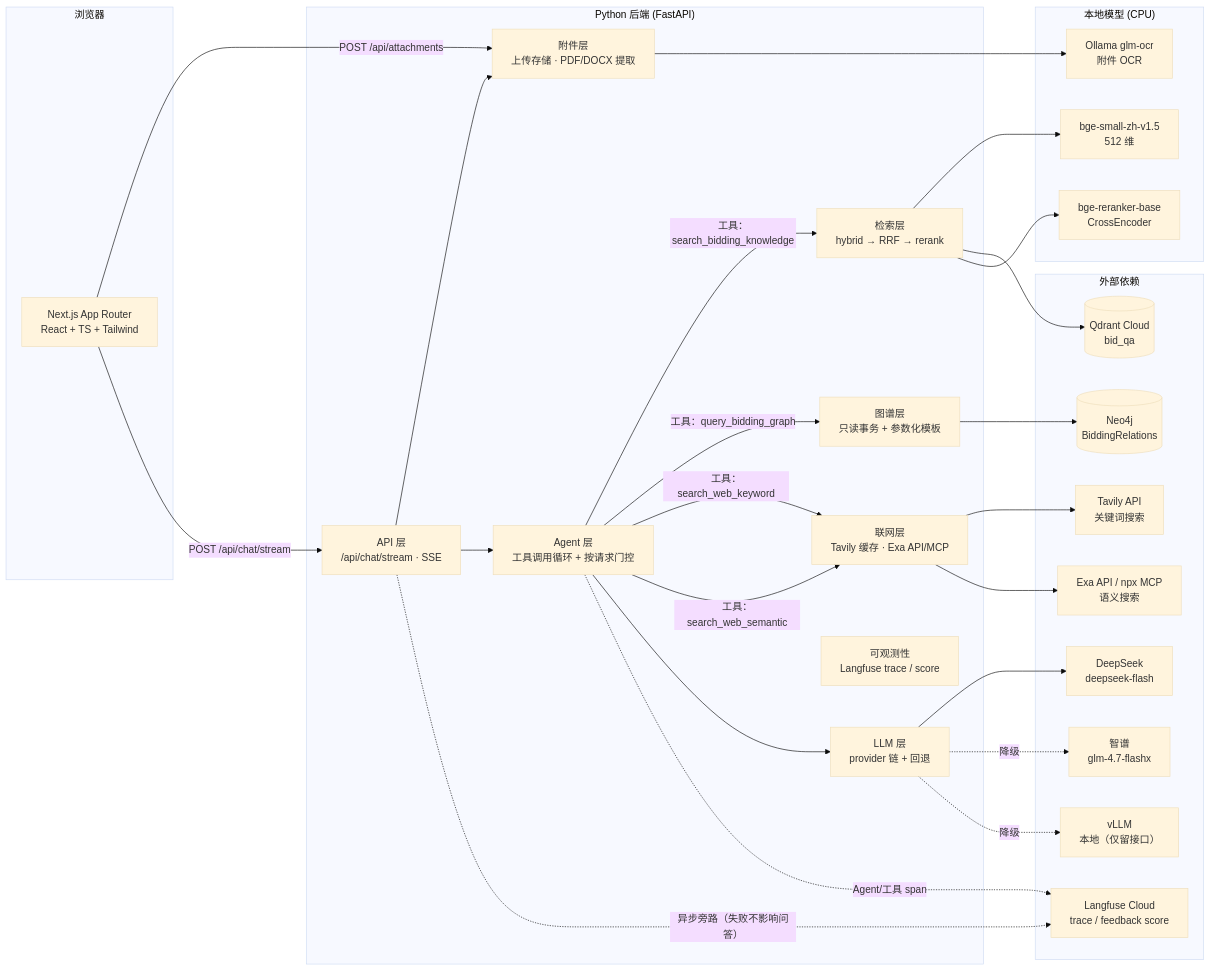
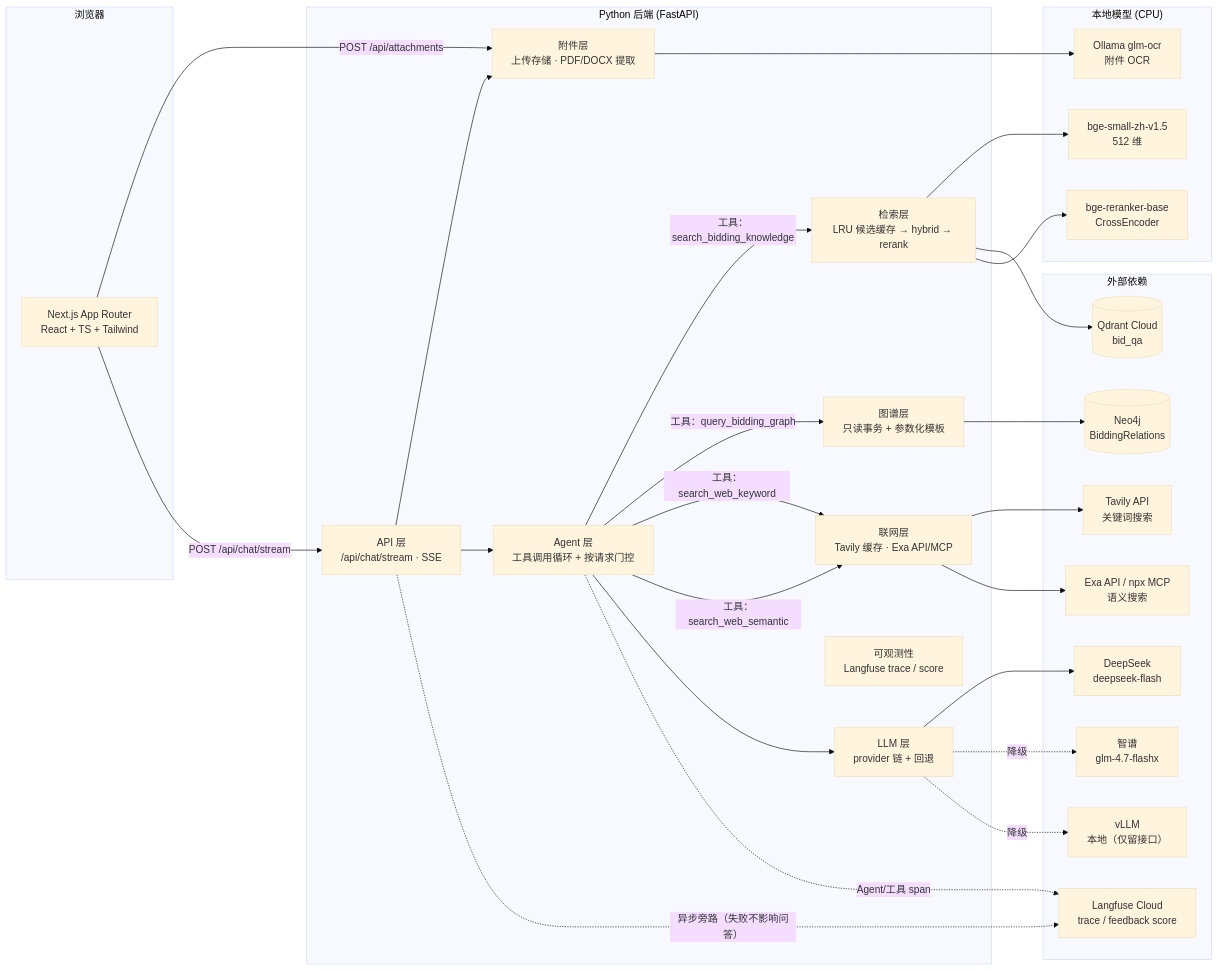
Before and after one commit to HoarHam/Bidding_QA_Chatbot: the first of 2 diagrams in docs/architecture.md, drawn with Mermaid (base theme). The commit also changed 13 other files, not shown here.

````diff
--- a/docs/architecture.md
+++ b/docs/architecture.md
@@ -10,56 +10,56 @@
 ```mermaid
 flowchart LR
     subgraph client["浏览器"]
         UI["Next.js App Router<br/>React + TS + Tailwind"]
     end
 
     subgraph server["Python 后端 (FastAPI)"]
         API["API 层<br/>/api/chat/stream · SSE"]
         AG["Agent 层<br/>工具调用循环 + 按请求门控"]
-        RET["检索层<br/>hybrid → RRF → rerank"]
+        RET["检索层<br/>LRU 候选缓存 → hybrid → rerank"]
         GR["图谱层<br/>只读事务 + 参数化模板"]
         WEB["联网层<br/>Tavily 缓存 · Exa API/MCP"]
         ATT["附件层<br/>上传存储 · PDF/DOCX 提取"]
         LLM["LLM 层<br/>provider 链 + 回退"]
         OBS["可观测性<br/>Langfuse trace / score"]
     end
 
     subgraph ext["外部依赖"]
         QD[("Qdrant Cloud<br/>bid_qa")]
         NEO[("Neo4j<br/>BiddingRelations")]
         TV["Tavily API<br/>关键词搜索"]
         EX["Exa API / npx MCP<br/>语义搜索"]
         DS["DeepSeek<br/>deepseek-flash"]
         ZP["智谱<br/>glm-4.7-flashx"]
         VL["vLLM<br/>本地（仅留接口）"]
         LF["Langfuse Cloud<br/>trace / feedback score"]
     end
 
     subgraph local["本地模型 (CPU)"]
         EMB["bge-small-zh-v1.5<br/>512 维"]
         RRK["bge-reranker-base<br/>CrossEncoder"]
         OCR["Ollama glm-ocr<br/>附件 OCR"]
     end
 
     UI -->|"POST /api/attachments"| ATT
     UI -->|"POST /api/chat/stream"| API
     API --> ATT
     ATT --> OCR
     API --> AG
     AG -->|"工具：search_bidding_knowledge"| RET
     RET --> EMB
     RET --> QD
     RET --> RRK
     AG -->|"工具：query_bidding_graph"| GR
     GR --> NEO
     AG -->|"工具：search_web_keyword"| WEB
     AG -->|"工具：search_web_semantic"| WEB
     WEB --> TV
     WEB --> EX
     AG --> LLM
     LLM --> DS
     LLM -.降级.-> ZP
     LLM -.降级.-> VL
     API -.异步旁路（失败不影响问答）.-> LF
     AG -.Agent/工具 span.-> LF
 ```
````
